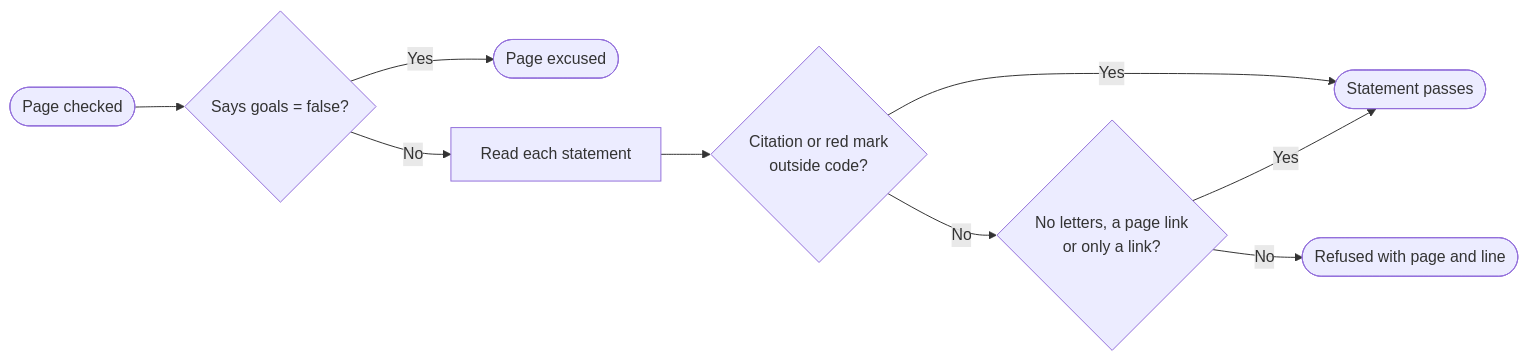
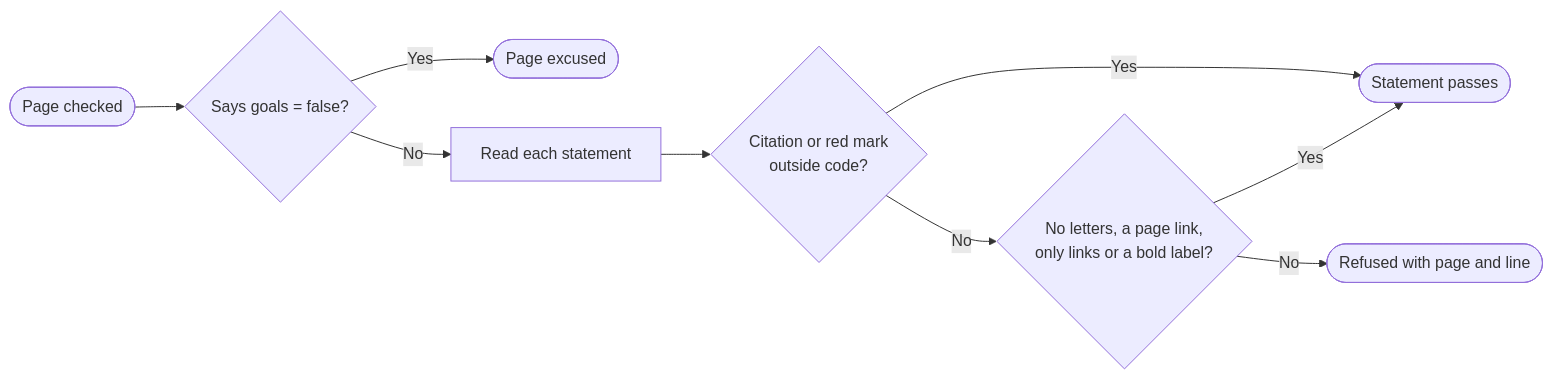
Before and after one commit to timothymarois/wiki-builder: the diagram in docs/wiki/pages/checks/citations.md, drawn with Mermaid. The commit also changed other lines of this file and 4 other files, not shown here.

````diff
--- a/docs/wiki/pages/checks/citations.md
+++ b/docs/wiki/pages/checks/citations.md
@@ -41,12 +42,12 @@
 ```mermaid
 flowchart LR
   accTitle: Statement check
-  accDescr: A page that says goals = false is excused. Otherwise each sentence, list item and table row passes if it carries a citation or the red mark outside code, or if it has no letters, links to a markdown file or is only a link; anything else is refused with its page and line.
+  accDescr: A page that says goals = false is excused. Otherwise each sentence, list item and table row passes if it carries a citation or the red mark outside code, or if it has no letters, links to a markdown file, is only links, or is a bold label; anything else is refused with its page and line.
   page(["Page checked"]) --> exempt{"Says goals = false?"}
   exempt -- "Yes" --> excused(["Page excused"])
   exempt -- "No" --> read["Read each statement"] --> cited{"Citation or red mark<br/>outside code?"}
   cited -- "Yes" --> passes(["Statement passes"])
-  cited -- "No" --> other{"No letters, a page link<br/>or only a link?"}
+  cited -- "No" --> other{"No letters, a page link,<br/>only links or a bold label?"}
   other -- "Yes" --> passes
   other -- "No" --> refused(["Refused with page and line"])
 ```
````
